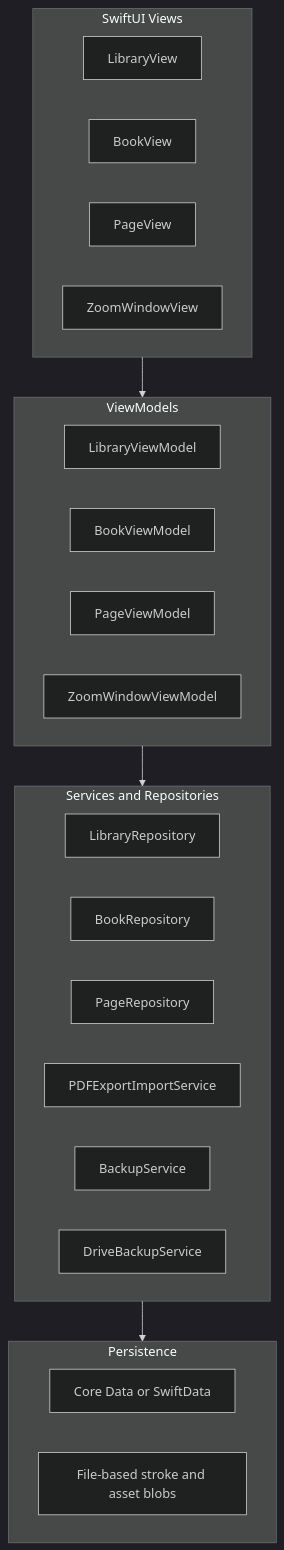
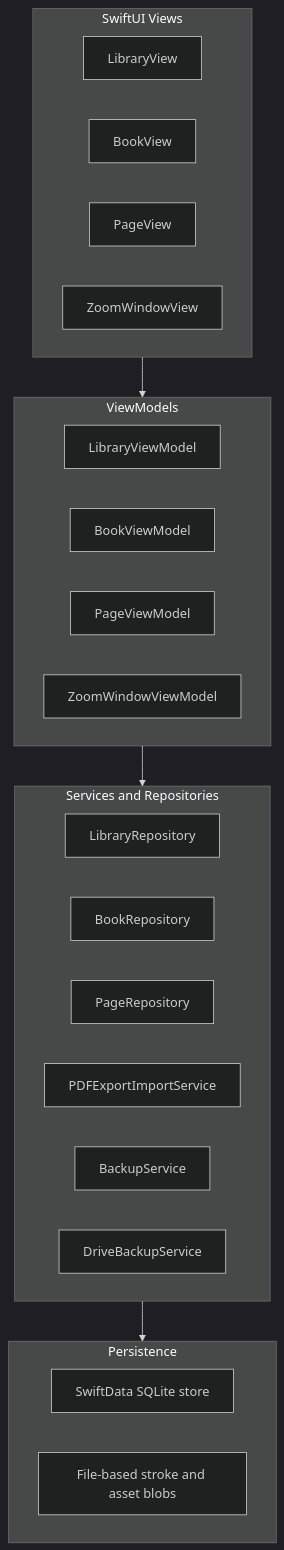
One commit to arnavaggarwal2007/Pagebound-Notes changed the diagram in README.md. Above: the diagram before and after it, drawn with Mermaid (dark theme). The commit also changed other lines of this file and 45 other files, not shown here.

````diff
--- a/README.md
+++ b/README.md
@@ -87,30 +87,30 @@
 ```mermaid
 flowchart TB
     subgraph views [SwiftUI Views]
         LibraryView
         BookView
         PageView
         ZoomWindowView
     end
     subgraph viewmodels [ViewModels]
         LibraryVM[LibraryViewModel]
         BookVM[BookViewModel]
         PageVM[PageViewModel]
         ZoomVM[ZoomWindowViewModel]
     end
     subgraph services [Services and Repositories]
         LibRepo[LibraryRepository]
         BookRepo[BookRepository]
         PageRepo[PageRepository]
         PDF[PDFExportImportService]
         Backup[BackupService]
         Drive[DriveBackupService]
     end
     subgraph persistence [Persistence]
-        SwiftData[Core Data or SwiftData]
+        SwiftData[SwiftData SQLite store]
         Blobs[File-based stroke and asset blobs]
     end
     views --> viewmodels
     viewmodels --> services
     services --> persistence
 ```
````
